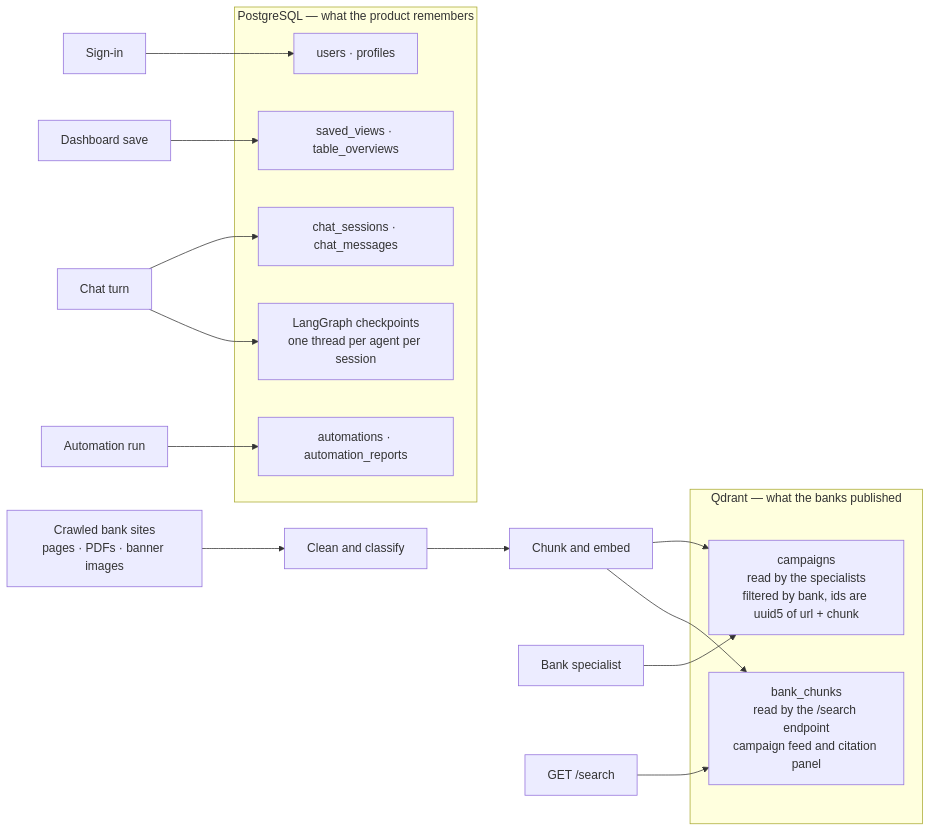
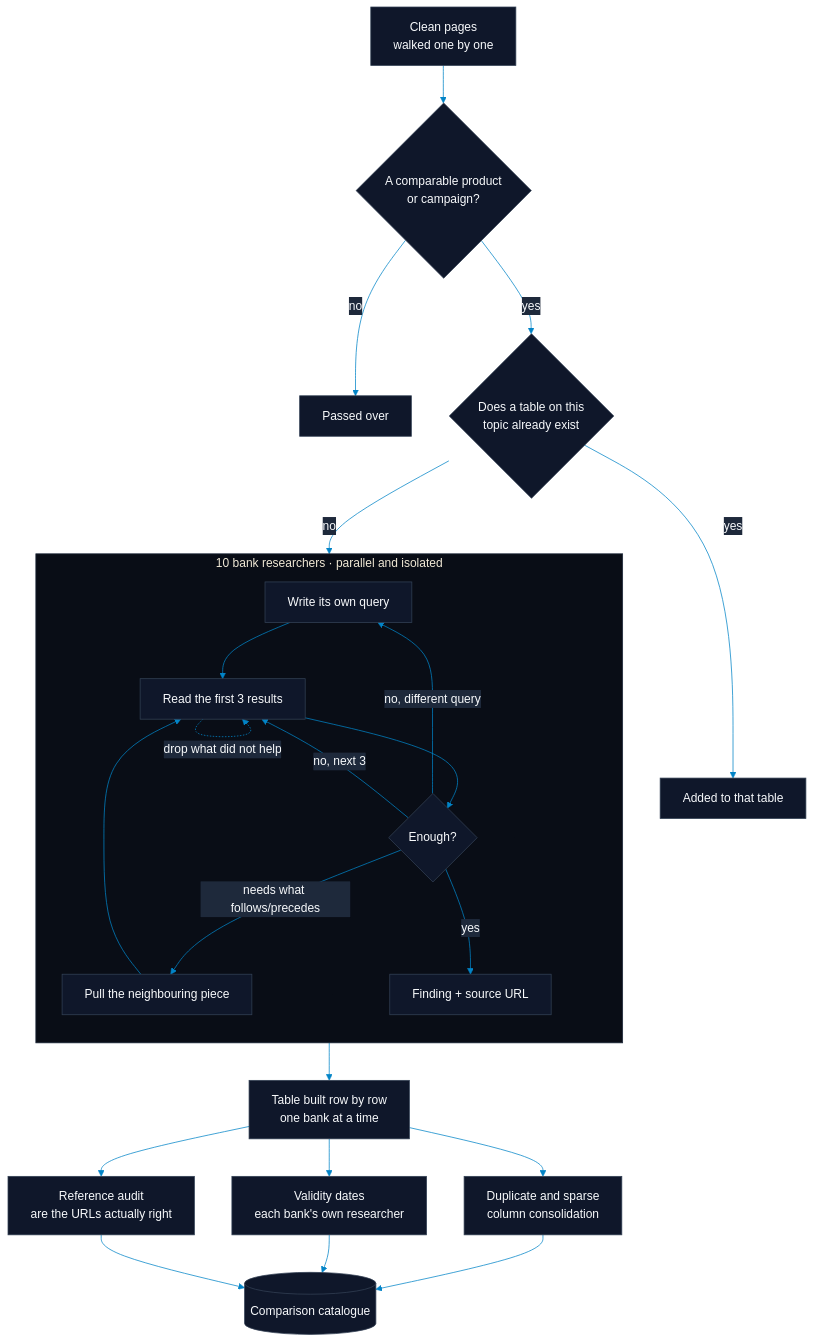
One commit to Abdurrahman-Wahdan/TEKNOFEST2026-Yapay-Zeka-Dil-Ajanlari-Yarismasi-KERMITS changed diagram 11 of 14 in README.md. Above: the diagram before and after it, drawn with Mermaid. The commit also changed other lines of this file, not shown here.

````diff
--- a/README.md
+++ b/README.md
@@ -302,28 +763,29 @@
 ```mermaid
-flowchart LR
-    subgraph PGS["PostgreSQL — what the product remembers"]
-        T1["users · profiles"]
-        T2["chat_sessions · chat_messages"]
-        T3["saved_views · table_overviews"]
-        T4["automations · automation_reports"]
-        T5["LangGraph checkpoints<br/>one thread per agent per session"]
-    end
-    subgraph QDS["Qdrant — what the banks published"]
-        C1["campaigns<br/>read by the specialists<br/>filtered by bank, ids are uuid5 of url + chunk"]
-        C2["bank_chunks<br/>read by the /search endpoint<br/>campaign feed and citation panel"]
+%%{init: {'theme':'base','themeVariables':{'primaryColor':'#0f172a','primaryTextColor':'#f8fafc','primaryBorderColor':'#334155','lineColor':'#0284c7','secondaryColor':'#1e293b','tertiaryColor':'#0f172a','clusterBkg':'#090d16','clusterBorder':'#1e293b'}}}%%
+flowchart TD
+    P["Clean pages<br/>walked one by one"] --> Q{"A comparable product<br/>or campaign?"}
+    Q -->|no| X["Passed over"]
+    Q -->|yes| DUP{"Does a table on this<br/>topic already exist"}
+    DUP -->|yes| M["Added to that table"]
+    DUP -->|no| R
+
+    subgraph R["10 bank researchers · parallel and isolated"]
+        direction TB
+        RA["Write its own query"] --> RB["Read the first 3 results"]
+        RB --> RC{"Enough?"}
+        RC -->|no, different query| RA
+        RC -->|no, next 3| RB
+        RC -->|needs what follows/precedes| RD["Pull the neighbouring piece"]
+        RD --> RB
+        RB -.->|drop what did not help| RB
+        RC -->|yes| RE["Finding + source URL"]
     end
 
-    Corpus["Crawled bank sites<br/>pages · PDFs · banner images"] --> Clean["Clean and classify"]
-    Clean --> Chunk["Chunk and embed"]
-    Chunk --> C1
-    Chunk --> C2
-
-    Auth2[Sign-in] --> T1
-    ChatTurn[Chat turn] --> T2
-    ChatTurn --> T5
-    Dash[Dashboard save] --> T3
-    Auto[Automation run] --> T4
-
-    SpecA[Bank specialist] --> C1
-    RestA["GET /search"] --> C2
+    R --> S["Table built row by row<br/>one bank at a time"]
+    S --> A1["Reference audit<br/>are the URLs actually right"]
+    S --> A2["Validity dates<br/>each bank's own researcher"]
+    S --> A3["Duplicate and sparse<br/>column consolidation"]
+    A1 --> T[("Comparison catalogue")]
+    A2 --> T
+    A3 --> T
 ```
````
